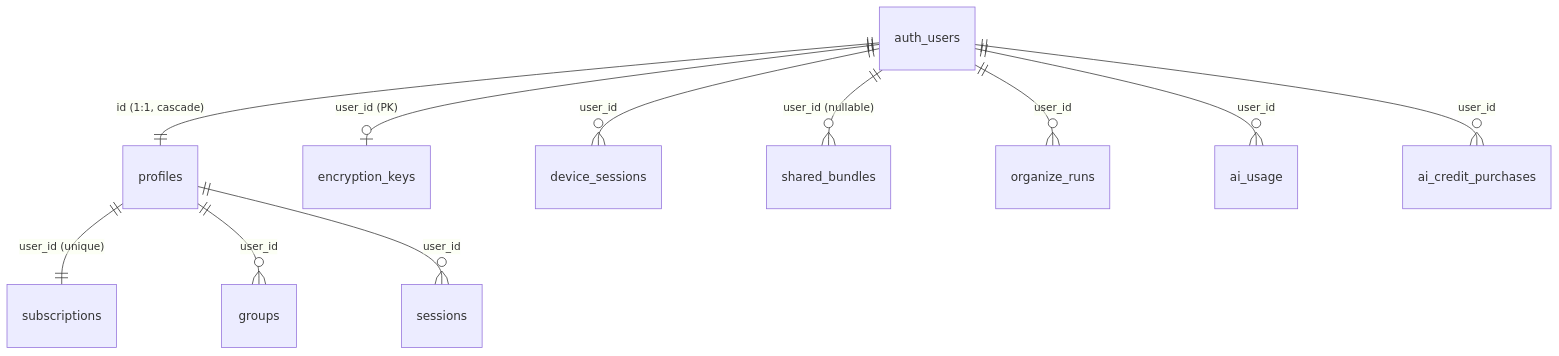
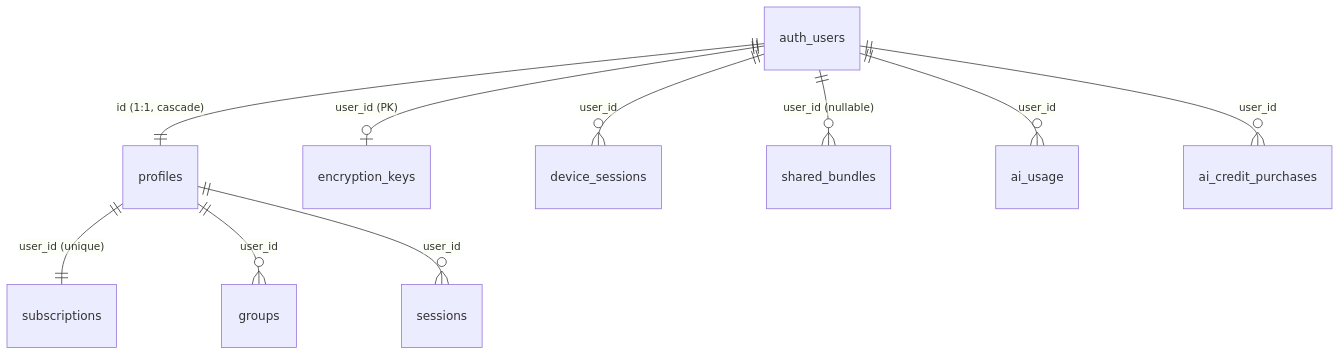
The diagram in docs/database-schema.md (lbragile/TabMerger), drawn with Mermaid before and after one commit. The commit also changed other lines of this file and 8 other files, not shown here.

First line of the commit message:
feat(db): drop the unused organize_runs table

````diff
--- a/docs/database-schema.md
+++ b/docs/database-schema.md
@@ -240,13 +229,12 @@
 ```mermaid
 erDiagram
     auth_users ||--|| profiles : "id (1:1, cascade)"
     profiles ||--|| subscriptions : "user_id (unique)"
     profiles ||--o{ groups : "user_id"
     profiles ||--o{ sessions : "user_id"
     auth_users ||--o| encryption_keys : "user_id (PK)"
     auth_users ||--o{ device_sessions : "user_id"
     auth_users ||--o{ shared_bundles : "user_id (nullable)"
-    auth_users ||--o{ organize_runs : "user_id"
     auth_users ||--o{ ai_usage : "user_id"
     auth_users ||--o{ ai_credit_purchases : "user_id"
 ```
````
